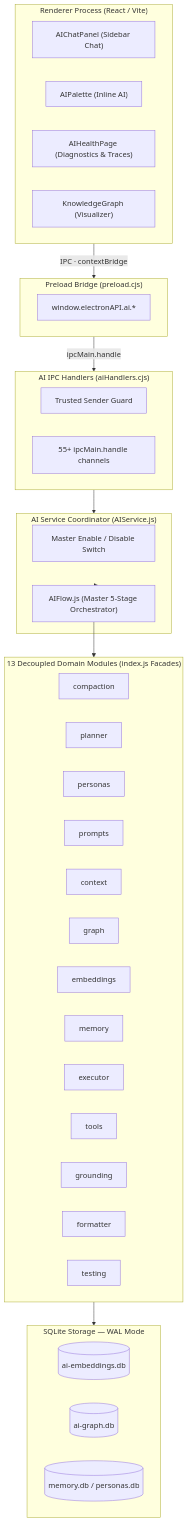
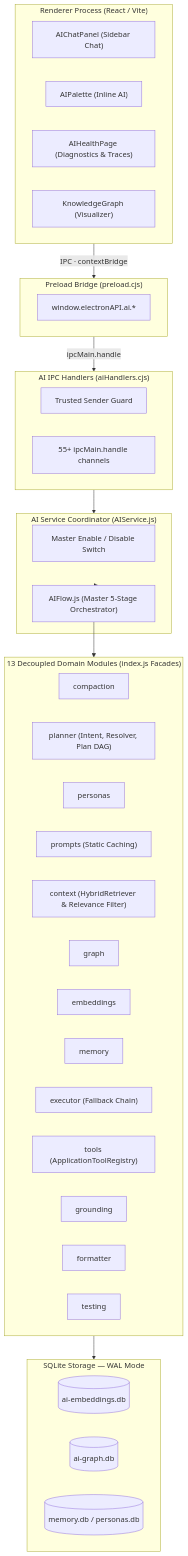
Before and after one commit to TheNotelyApp/Notely: the first of 2 diagrams in docs/ai/architecture.md, drawn with Mermaid. The commit also changed other lines of this file and 13 other files, not shown here.

````diff
--- a/docs/ai/architecture.md
+++ b/docs/ai/architecture.md
@@ -18,49 +18,49 @@
 ```mermaid
 flowchart TD
     subgraph Renderer["Renderer Process (React / Vite)"]
         direction LR
         AICP["AIChatPanel (Sidebar Chat)"] & AIP["AIPalette (Inline AI)"] & AIH["AIHealthPage (Diagnostics & Traces)"] & KGV["KnowledgeGraph (Visualizer)"]
     end
 
     subgraph Preload["Preload Bridge (preload.cjs)"]
         CB["window.electronAPI.ai.*"]
     end
 
     subgraph Handlers["AI IPC Handlers (aiHandlers.cjs)"]
         TRUST["Trusted Sender Guard"]
         CHAN["55+ ipcMain.handle channels"]
     end
 
     subgraph AIService["AI Service Coordinator (AIService.js)"]
         SW["Master Enable / Disable Switch"]
         AIFLOW["AIFlow.js (Master 5-Stage Orchestrator)"]
     end
 
     subgraph Domains ["13 Decoupled Domain Modules (index.js Facades)"]
         COMP["compaction"]
-        PLAN["planner"]
+        PLAN["planner (Intent, Resolver, Plan DAG)"]
         PERS["personas"]
-        PROM["prompts"]
-        CTX["context"]
+        PROM["prompts (Static Caching)"]
+        CTX["context (HybridRetriever & Relevance Filter)"]
         GRAPH["graph"]
         EMB["embeddings"]
         MEM["memory"]
-        EXEC["executor"]
-        TOOL["tools"]
+        EXEC["executor (Fallback Chain)"]
+        TOOL["tools (ApplicationToolRegistry)"]
         GND["grounding"]
         FMT["formatter"]
         TEST["testing"]
     end
 
     subgraph Storage ["SQLite Storage — WAL Mode"]
         direction LR
         EMBDB[("ai-embeddings.db")] & GRDB[("ai-graph.db")] & MEMDB[("memory.db / personas.db")]
     end
 
     Renderer -->|"IPC · contextBridge"| Preload
     Preload -->|"ipcMain.handle"| Handlers
     Handlers --> AIService
     AIService --> AIFLOW
     AIFLOW --> Domains
     Domains --> Storage
 ```
````
